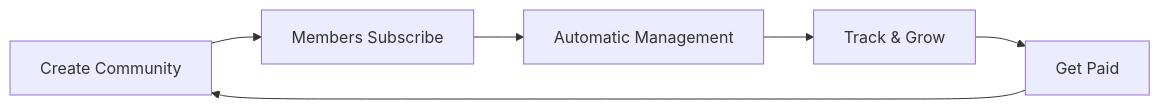
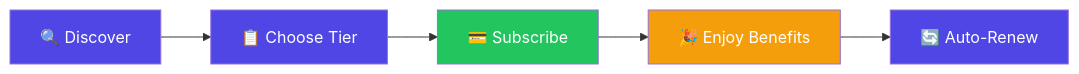
The diagram in .github/profile/README.md (Paybru/.github), drawn with Mermaid before and after one commit. The commit also changed other lines of this file, not shown here.

````diff
--- a/.github/profile/README.md
+++ b/.github/profile/README.md
@@ -80,8 +102,13 @@
 ```mermaid
-graph LR
-    A[Create Community] --> B[Members Subscribe]
-    B --> C[Automatic Management]
-    C --> D[Track & Grow]
-    D --> E[Get Paid]
-    E --> A
+flowchart LR
+    A[🔍 Discover] --> B[📋 Choose Tier]
+    B --> C[💳 Subscribe]
+    C --> D[🎉 Enjoy Benefits]
+    D --> E[🔄 Auto-Renew]
+
+    style A fill:#4f46e5,color:#fff
+    style B fill:#4f46e5,color:#fff
+    style C fill:#22c55e,color:#fff
+    style D fill:#f59e0b,color:#fff
+    style E fill:#4f46e5,color:#fff
 ```
````
